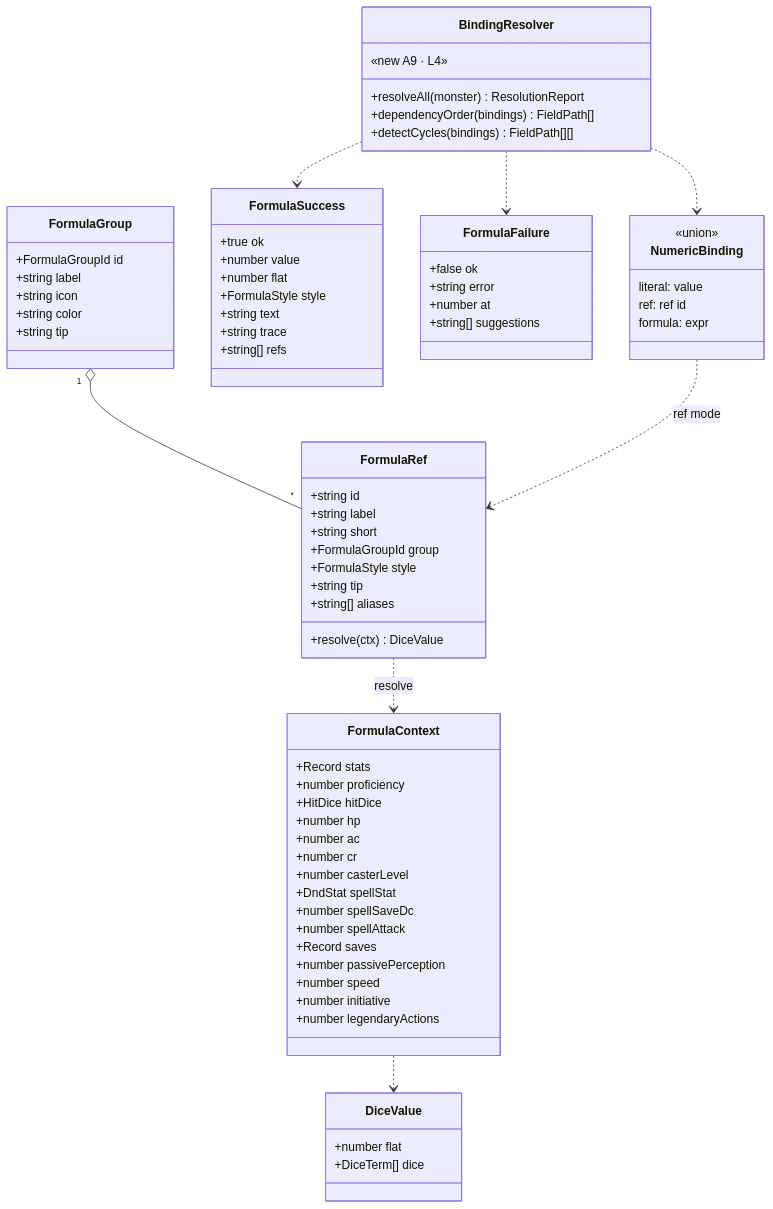
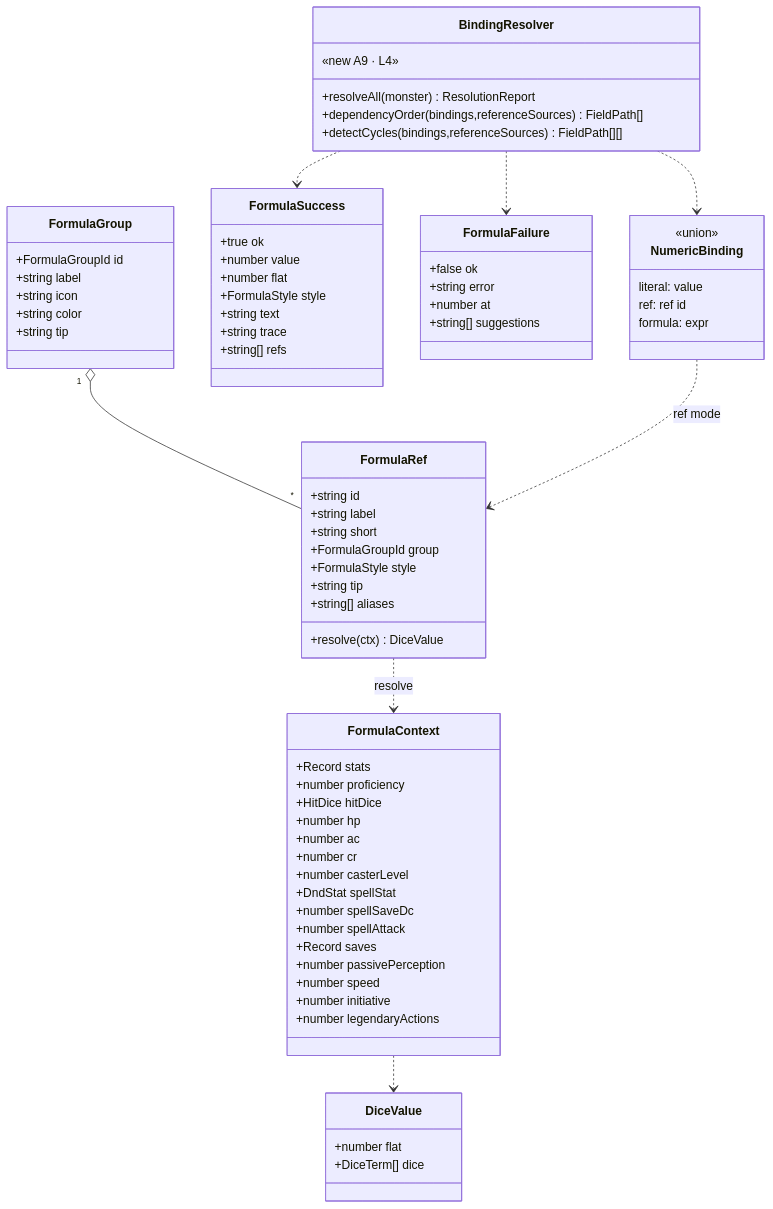
One commit to ivangarciafilho/DNDSheet changed the seventh of 42 diagrams in docs/roadmap/DNDSheet-Professional-Product-and-Architecture-Spec.md. Above: the diagram before and after it, drawn with Mermaid. The commit also changed other lines of this file and 3 other files, not shown here.

````diff
--- a/docs/roadmap/DNDSheet-Professional-Product-and-Architecture-Spec.md
+++ b/docs/roadmap/DNDSheet-Professional-Product-and-Architecture-Spec.md
@@ -752,75 +752,75 @@
 ```mermaid
 classDiagram
   class FormulaGroup {
     +FormulaGroupId id
     +string label
     +string icon
     +string color
     +string tip
   }
   class FormulaRef {
     +string id
     +string label
     +string short
     +FormulaGroupId group
     +FormulaStyle style
     +string tip
     +string[] aliases
     +resolve(ctx) DiceValue
   }
   class FormulaContext {
     +Record stats
     +number proficiency
     +HitDice hitDice
     +number hp
     +number ac
     +number cr
     +number casterLevel
     +DndStat spellStat
     +number spellSaveDc
     +number spellAttack
     +Record saves
     +number passivePerception
     +number speed
     +number initiative
     +number legendaryActions
   }
   class DiceValue {
     +number flat
     +DiceTerm[] dice
   }
   class FormulaSuccess {
     +true ok
     +number value
     +number flat
     +FormulaStyle style
     +string text
     +string trace
     +string[] refs
   }
   class FormulaFailure {
     +false ok
     +string error
     +number at
     +string[] suggestions
   }
   class NumericBinding {
     <<union>>
     literal: value
     ref: ref id
     formula: expr
   }
   class BindingResolver {
     «new A9 · L4»
     +resolveAll(monster) ResolutionReport
-    +dependencyOrder(bindings) FieldPath[]
-    +detectCycles(bindings) FieldPath[][]
+    +dependencyOrder(bindings,referenceSources) FieldPath[]
+    +detectCycles(bindings,referenceSources) FieldPath[][]
   }
   FormulaGroup "1" o-- "*" FormulaRef
   FormulaRef ..> FormulaContext : resolve
   FormulaContext ..> DiceValue
   NumericBinding ..> FormulaRef : ref mode
   BindingResolver ..> NumericBinding
   BindingResolver ..> FormulaSuccess
   BindingResolver ..> FormulaFailure
 ```
````
